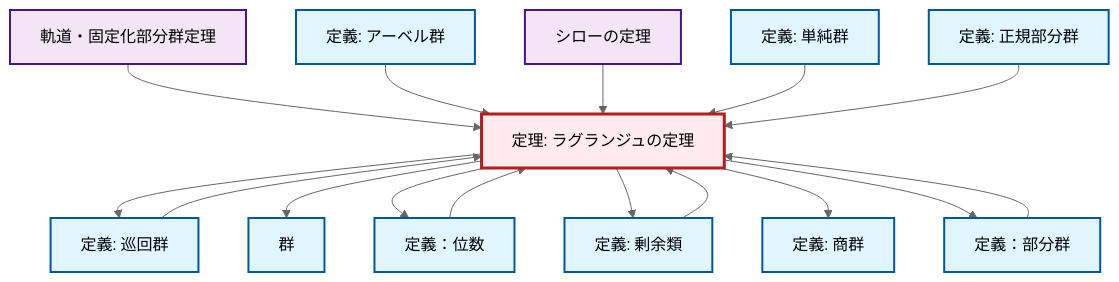
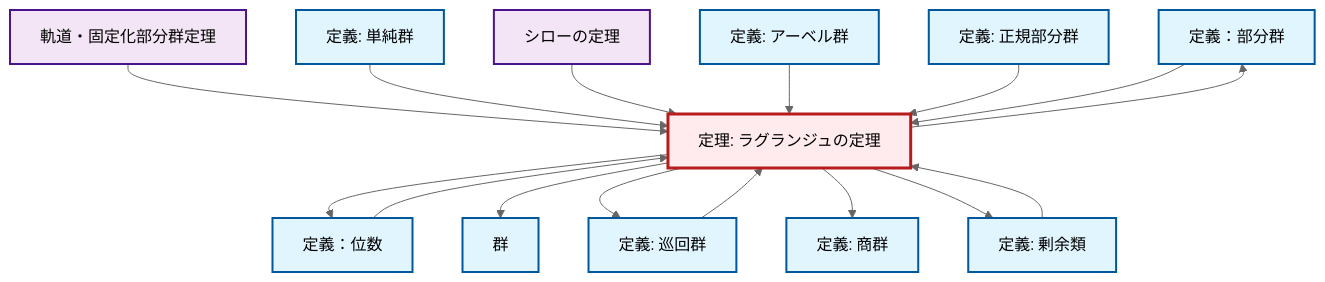
Before and after one commit to RK0429/ModernMath: the diagram in content/ja/algebra/thm-lagrange.qmd, drawn with Mermaid (neutral theme). The commit also changed 672 other files, not shown here.

````diff
--- a/content/ja/algebra/thm-lagrange.qmd
+++ b/content/ja/algebra/thm-lagrange.qmd
@@ -55,48 +55,48 @@
 ```{mermaid}
-%%| fig-cap: "Local dependency graph"
+%%| fig-cap: "ローカル依存関係グラフ"
 graph TD
     classDef definition fill:#e1f5fe,stroke:#01579b,stroke-width:2px
     classDef theorem fill:#f3e5f5,stroke:#4a148c,stroke-width:2px
     classDef axiom fill:#fff3e0,stroke:#e65100,stroke-width:2px
     classDef example fill:#e8f5e9,stroke:#1b5e20,stroke-width:2px
     classDef current fill:#ffebee,stroke:#b71c1c,stroke-width:3px
-    def-simple-group["定義: 単純群"]:::definition
     def-subgroup["定義：部分群"]:::definition
-    thm-orbit-stabilizer["軌道・固定化部分群定理"]:::theorem
+    def-normal-subgroup["定義: 正規部分群"]:::definition
     def-cyclic-group["定義: 巡回群"]:::definition
     def-order["定義：位数"]:::definition
+    def-quotient-group["定義: 商群"]:::definition
+    thm-orbit-stabilizer["軌道・固定化部分群定理"]:::theorem
     thm-lagrange["定理: ラグランジュの定理"]:::theorem
+    def-group["群"]:::definition
+    def-coset["定義: 剰余類"]:::definition
+    thm-sylow["シローの定理"]:::theorem
+    def-simple-group["定義: 単純群"]:::definition
     def-abelian-group["定義: アーベル群"]:::definition
-    thm-sylow["シローの定理"]:::theorem
-    def-normal-subgroup["定義: 正規部分群"]:::definition
-    def-coset["定義: 剰余類"]:::definition
-    def-quotient-group["定義: 商群"]:::definition
-    def-group["群"]:::definition
+    thm-lagrange --> def-subgroup
+    thm-orbit-stabilizer --> thm-lagrange
+    thm-lagrange --> def-order
+    thm-lagrange --> def-group
+    def-order --> thm-lagrange
+    def-simple-group --> thm-lagrange
+    thm-sylow --> thm-lagrange
+    def-abelian-group --> thm-lagrange
     thm-lagrange --> def-cyclic-group
-    thm-orbit-stabilizer --> thm-lagrange
-    thm-lagrange --> def-group
-    thm-lagrange --> def-order
+    def-normal-subgroup --> thm-lagrange
+    thm-lagrange --> def-quotient-group
+    def-subgroup --> thm-lagrange
+    def-cyclic-group --> thm-lagrange
+    def-coset --> thm-lagrange
     thm-lagrange --> def-coset
-    def-subgroup --> thm-lagrange
-    def-abelian-group --> thm-lagrange
-    def-coset --> thm-lagrange
-    thm-lagrange --> def-quotient-group
-    thm-lagrange --> def-subgroup
-    thm-sylow --> thm-lagrange
-    def-simple-group --> thm-lagrange
-    def-order --> thm-lagrange
-    def-cyclic-group --> thm-lagrange
-    def-normal-subgroup --> thm-lagrange
     class thm-lagrange current
-    click def-simple-group "def-simple-group.html" "単純群の定義へ"
     click def-subgroup "def-subgroup.html" "定義：部分群へ"
-    click thm-orbit-stabilizer "thm-orbit-stabilizer.html" "軌道・固定化部分群定理へ"
+    click def-normal-subgroup "def-normal-subgroup.html" "正規部分群の定義へ"
     click def-cyclic-group "def-cyclic-group.html" "巡回群の定義へ"
     click def-order "def-order.html" "定義：位数へ"
+    click def-quotient-group "def-quotient-group.html" "商群の定義へ"
+    click thm-orbit-stabilizer "thm-orbit-stabilizer.html" "軌道・固定化部分群定理へ"
+    click def-group "def-group.html" "群へ"
+    click def-coset "def-coset.html" "剰余類の定義へ"
+    click thm-sylow "thm-sylow.html" "シローの定理へ"
+    click def-simple-group "def-simple-group.html" "単純群の定義へ"
     click def-abelian-group "def-abelian-group.html" "アーベル群の定義へ"
-    click thm-sylow "thm-sylow.html" "シローの定理へ"
-    click def-normal-subgroup "def-normal-subgroup.html" "正規部分群の定義へ"
-    click def-coset "def-coset.html" "剰余類の定義へ"
-    click def-quotient-group "def-quotient-group.html" "商群の定義へ"
-    click def-group "def-group.html" "群へ"
 ```
````
